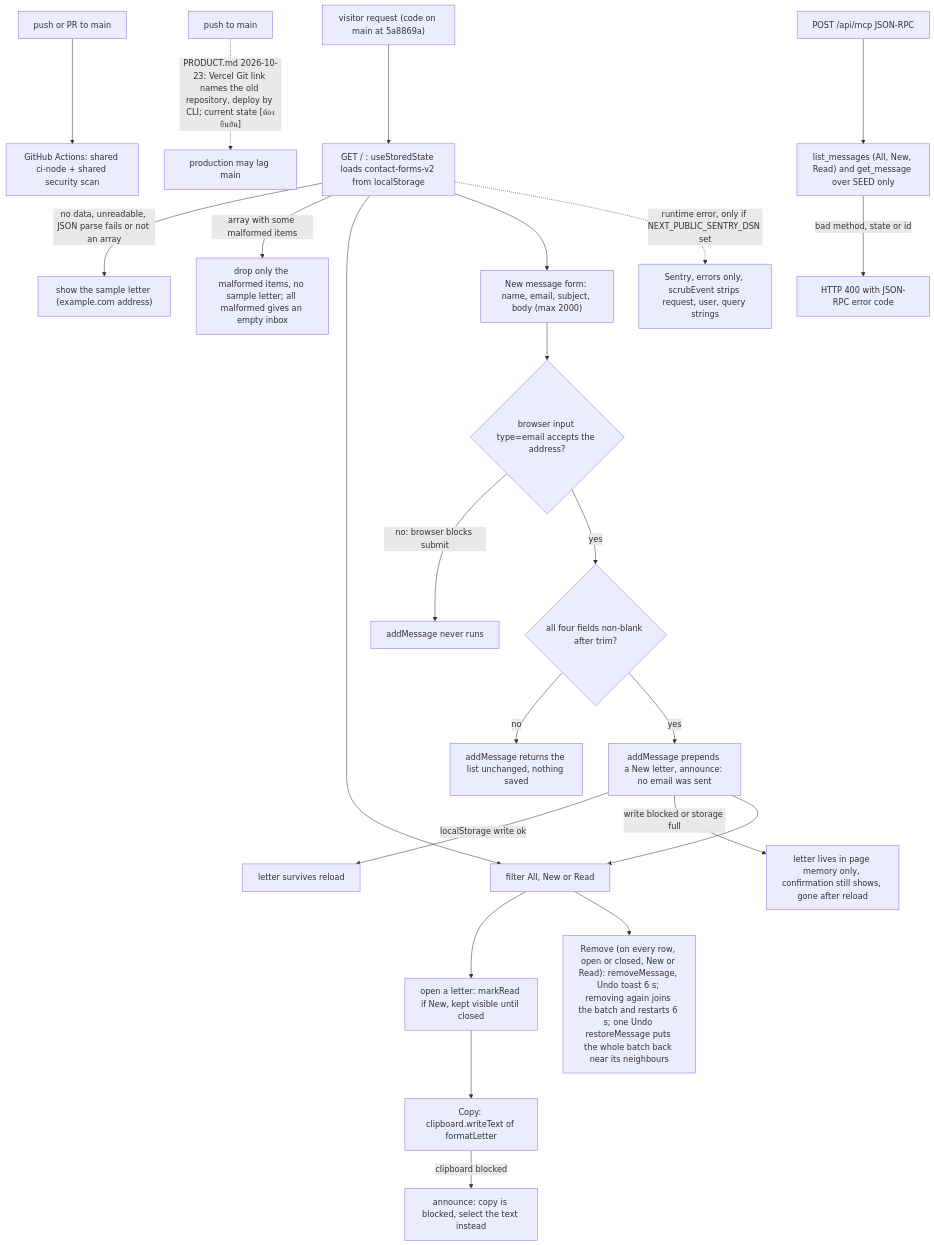
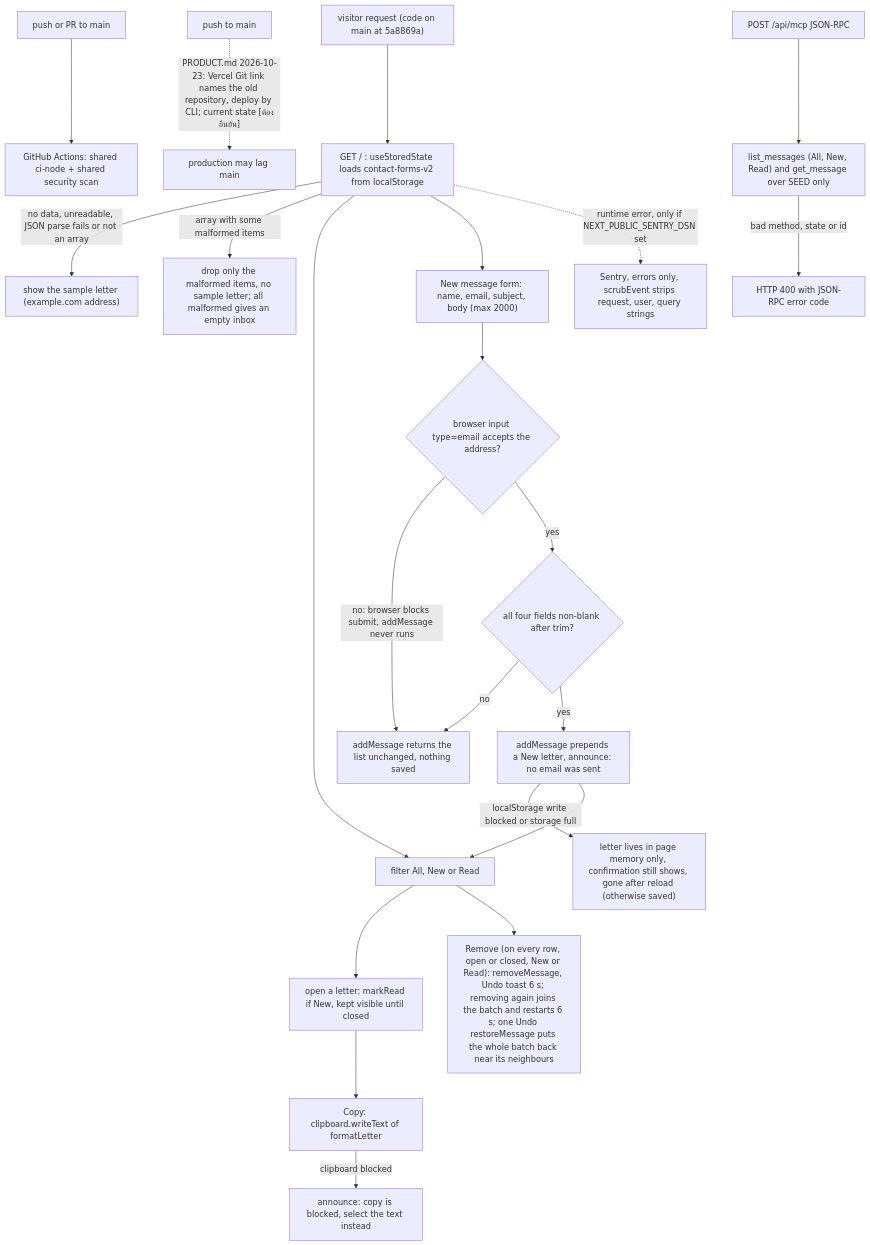
One commit to bookchaowalit-website/marketing-contact-forms-web changed the first of 2 diagrams in docs/diagrams/01-business-process.md. Above: the diagram before and after it, drawn with Mermaid.

Commit message:
docs: correct As-Is/To-Be facts from review (01-business-process)

````diff
--- a/docs/diagrams/01-business-process.md
+++ b/docs/diagrams/01-business-process.md
@@ -9,25 +9,24 @@
 ```mermaid
 flowchart TD
   PUSH["push or PR to main"] --> CI["GitHub Actions: shared ci-node + shared security scan"]
   MAIN["push to main"] -.->|"PRODUCT.md 2026-10-23: Vercel Git link names the old repository, deploy by CLI; current state [ต้องยืนยัน]"| PROD["production may lag main"]
   VISIT["visitor request (code on main at 5a8869a)"] --> PAGE["GET / : useStoredState loads contact-forms-v2 from localStorage"]
   PAGE -->|"no data, unreadable, JSON parse fails or not an array"| SEED["show the sample letter (example.com address)"]
   PAGE -->|"array with some malformed items"| DROP["drop only the malformed items, no sample letter; all malformed gives an empty inbox"]
   PAGE --> FILTER["filter All, New or Read"]
   FILTER --> OPEN["open a letter: markRead if New, kept visible until closed"]
   OPEN --> COPY["Copy: clipboard.writeText of formatLetter"]
   COPY -->|"clipboard blocked"| MSG["announce: copy is blocked, select the text instead"]
   FILTER --> REMOVE["Remove (on every row, open or closed, New or Read): removeMessage, Undo toast 6 s; removing again joins the batch and restarts 6 s; one Undo restoreMessage puts the whole batch back near its neighbours"]
   PAGE --> COMPOSE["New message form: name, email, subject, body (max 2000)"]
   COMPOSE --> EMAILCHK{"browser input type=email accepts the address?"}
-  EMAILCHK -->|"no: browser blocks submit"| NOSUBMIT["addMessage never runs"]
+  EMAILCHK -->|"no: browser blocks submit, addMessage never runs"| NOOP
   EMAILCHK -->|yes| VALID{"all four fields non-blank after trim?"}
   VALID -->|no| NOOP["addMessage returns the list unchanged, nothing saved"]
   VALID -->|yes| ADD["addMessage prepends a New letter, announce: no email was sent"]
-  ADD -->|"localStorage write ok"| KEPT["letter survives reload"]
-  ADD -->|"write blocked or storage full"| MEMONLY["letter lives in page memory only, confirmation still shows, gone after reload"]
+  ADD -->|"localStorage write blocked or storage full"| MEMONLY["letter lives in page memory only, confirmation still shows, gone after reload (otherwise saved)"]
   ADD --> FILTER
   MCP["POST /api/mcp JSON-RPC"] --> TOOLS["list_messages (All, New, Read) and get_message over SEED only"]
   TOOLS -->|"bad method, state or id"| ERR["HTTP 400 with JSON-RPC error code"]
   PAGE -.->|"runtime error, only if NEXT_PUBLIC_SENTRY_DSN set"| SENTRY["Sentry, errors only, scrubEvent strips request, user, query strings"]
 ```
````
